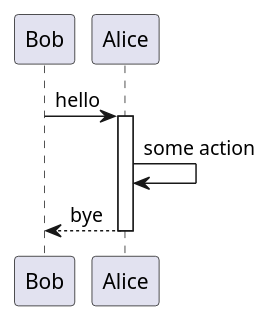
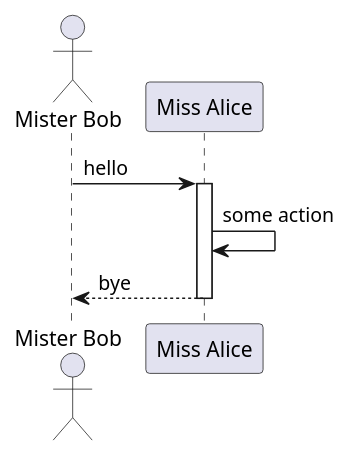
One commit to Bank-Saint-Petersburg/docs-project-tamplate changed the diagram in diagrams/sequences.puml. Above: the diagram before and after it, drawn with PlantUML. The commit also changed other lines of this file and 7 other files, not shown here.

```diff
--- a/diagrams/sequences.puml
+++ b/diagrams/sequences.puml
@@ -1,10 +3,13 @@
 @startuml {ProjectName}-sequences-{CaseName}
+
+actor "Mister Bob" as Bob
+participant "Miss Alice" as Alice
 
 Bob -> Alice : hello
 activate Alice
 
 Alice -> Alice : some action
 
 return bye
 
 @enduml
```
